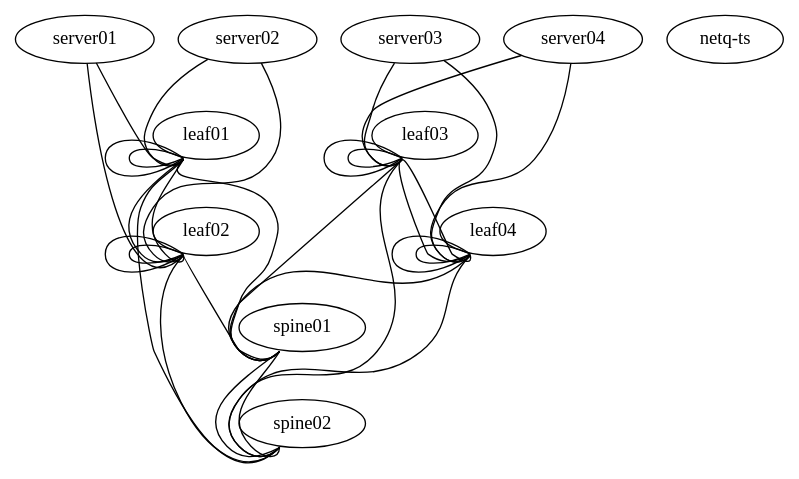
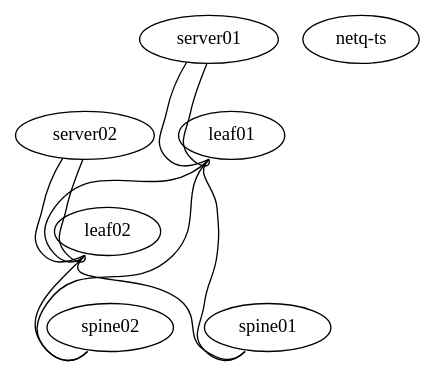
One commit to plumbis/ons2018 changed the diagram in topology.dot. Above: the diagram before and after it, drawn with Graphviz. The commit also changed 1 other file, not shown here.

Commit message:
updated topology to two server, 4 switch

```diff
--- a/topology.dot
+++ b/topology.dot
@@ -1,48 +1,22 @@
 graph vx {
  "leaf01" [function="leaf" os="CumulusCommunity/cumulus-vx" version="3.5.1" memory="768" config="./helper_scripts/extra_switch_config.sh" ]
  "leaf02" [function="leaf" os="CumulusCommunity/cumulus-vx" version="3.5.1" memory="768" config="./helper_scripts/extra_switch_config.sh" ]
- "leaf03" [function="leaf" os="CumulusCommunity/cumulus-vx" version="3.5.1" memory="768" config="./helper_scripts/extra_switch_config.sh" ]
- "leaf04" [function="leaf" os="CumulusCommunity/cumulus-vx" version="3.5.1" memory="768" config="./helper_scripts/extra_switch_config.sh" ]
  "spine01" [function="spine" os="CumulusCommunity/cumulus-vx" version="3.5.1" memory="768" config="./helper_scripts/extra_switch_config.sh" ]
  "spine02" [function="spine" os="CumulusCommunity/cumulus-vx" version="3.5.1" memory="768" config="./helper_scripts/extra_switch_config.sh" ]
  "server01" [function="host" os="yk0/ubuntu-xenial" memory="512" config="./helper_scripts/extra_server_config.sh" ]
  "server02" [function="host" os="yk0/ubuntu-xenial" memory="512" config="./helper_scripts/extra_server_config.sh" ]
- "server03" [function="host" os="yk0/ubuntu-xenial" memory="512" config="./helper_scripts/extra_server_config.sh" ]
- "server04" [function="host" os="yk0/ubuntu-xenial" memory="512" config="./helper_scripts/extra_server_config.sh" ]
  "netq-ts" [function="server" os="cumulus/ts" memory="1024" ]
 
  "leaf01":"swp51" -- "spine01":"swp1"
  "leaf02":"swp51" -- "spine01":"swp2"
- "leaf03":"swp51" -- "spine01":"swp3"
- "leaf04":"swp51" -- "spine01":"swp4"
  "leaf01":"swp52" -- "spine02":"swp1"
  "leaf02":"swp52" -- "spine02":"swp2"
- "leaf03":"swp52" -- "spine02":"swp3"
- "leaf04":"swp52" -- "spine02":"swp4"
 
- "leaf01":"swp49" -- "leaf02":"swp49"
  "leaf01":"swp50" -- "leaf02":"swp50"
- "leaf03":"swp49" -- "leaf04":"swp49"
- "leaf03":"swp50" -- "leaf04":"swp50"
-
- "spine01":"swp31" -- "spine02":"swp31"
- "spine01":"swp32" -- "spine02":"swp32"
 
  "server01":"eth1" -- "leaf01":"swp1" [left_mac="00:03:00:11:11:01"]
- "server01":"eth2" -- "leaf02":"swp1" [left_mac="00:03:00:11:11:02"]
- "server02":"eth1" -- "leaf01":"swp2" [left_mac="00:03:00:22:22:01"]
+ "server01":"eth2" -- "leaf01":"swp2" [left_mac="00:03:00:11:11:02"]
+ "server02":"eth1" -- "leaf02":"swp1" [left_mac="00:03:00:22:22:01"]
  "server02":"eth2" -- "leaf02":"swp2" [left_mac="00:03:00:22:22:02"]
- "server03":"eth1" -- "leaf03":"swp1" [left_mac="00:03:00:33:33:01"]
- "server03":"eth2" -- "leaf04":"swp1" [left_mac="00:03:00:33:33:02"]
- "server04":"eth1" -- "leaf03":"swp2" [left_mac="00:03:00:44:44:01"]
- "server04":"eth2" -- "leaf04":"swp2" [left_mac="00:03:00:44:44:02"]
-
- "leaf01":"swp45" -- "leaf01":"swp46"
- "leaf01":"swp47" -- "leaf01":"swp48"
- "leaf02":"swp45" -- "leaf02":"swp46"
- "leaf02":"swp47" -- "leaf02":"swp48"
- "leaf03":"swp45" -- "leaf03":"swp46"
- "leaf03":"swp47" -- "leaf03":"swp48"
- "leaf04":"swp45" -- "leaf04":"swp46"
- "leaf04":"swp47" -- "leaf04":"swp48"
+ 
 }
```
